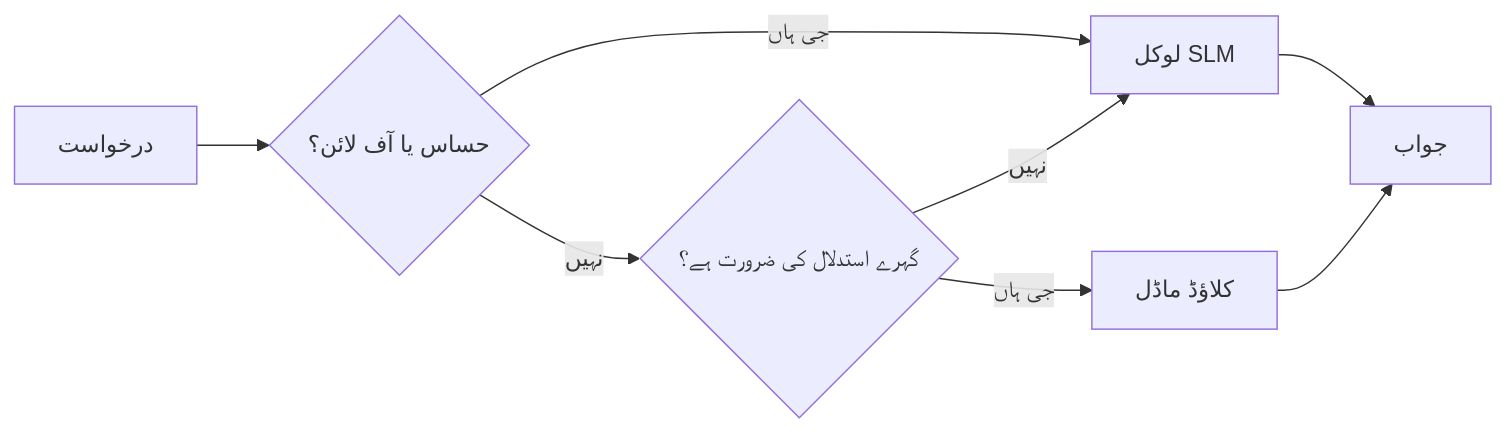
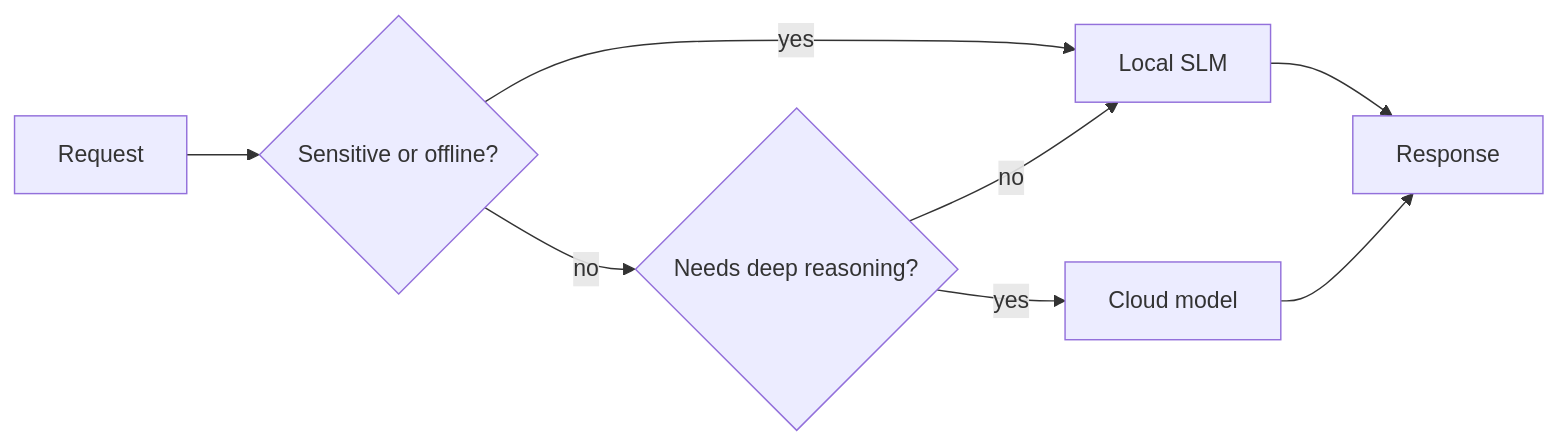
One commit to gabrielmoreira/agent-skills-mirror changed the fourth of 4 diagrams in mirrors/repos/microsoft@ai-agents-for-beginners/translations/ur/17-creating-local-ai-agents/README.md. Above: the diagram before and after it, drawn with Mermaid. The commit also changed other lines of this file and 5918 other files, not shown here.

````diff
--- a/mirrors/repos/microsoft@ai-agents-for-beginners/translations/ur/17-creating-local-ai-agents/README.md
+++ b/mirrors/repos/microsoft@ai-agents-for-beginners/translations/ur/17-creating-local-ai-agents/README.md
@@ -158,10 +156,10 @@
 ```mermaid
 flowchart LR
-    Q[درخواست] --> S{حساس یا آف لائن؟}
-    S -->|جی ہاں| L[لوکل SLM]
-    S -->|نہیں| C{گہرے استدلال کی ضرورت ہے؟}
-    C -->|نہیں| L
-    C -->|جی ہاں| Cloud[کلاؤڈ ماڈل]
-    L --> Out[جواب]
+    Q[Request] --> S{Sensitive or offline?}
+    S -->|yes| L[Local SLM]
+    S -->|no| C{Needs deep reasoning?}
+    C -->|no| L
+    C -->|yes| Cloud[Cloud model]
+    L --> Out[Response]
     Cloud --> Out
 ```
````
